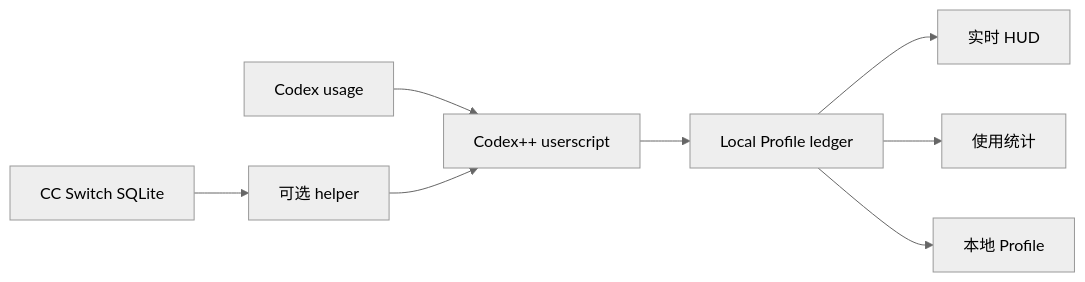
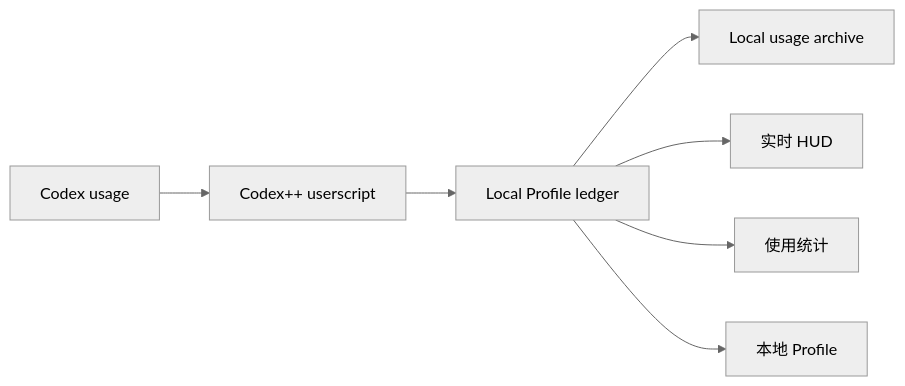
One commit to Tianzora/codex-token-cost changed the diagram in README.md. Above: the diagram before and after it, drawn with Mermaid (neutral theme). The commit also changed other lines of this file and 13 other files, not shown here.

First line of the commit message:
feat: single-button usage sync redesign, append-only ledger, remove cc-switch helper

````diff
--- a/README.md
+++ b/README.md
@@ -65,10 +65,9 @@
 ```mermaid
 flowchart LR
   A[Codex usage] --> B[Codex++ userscript]
   B --> C[Local Profile ledger]
+  C --> G[Local usage archive]
   C --> D[实时 HUD]
   C --> E[使用统计]
   C --> F[本地 Profile]
-  G[CC Switch SQLite] --> H[可选 helper]
-  H --> B
 ```
````
